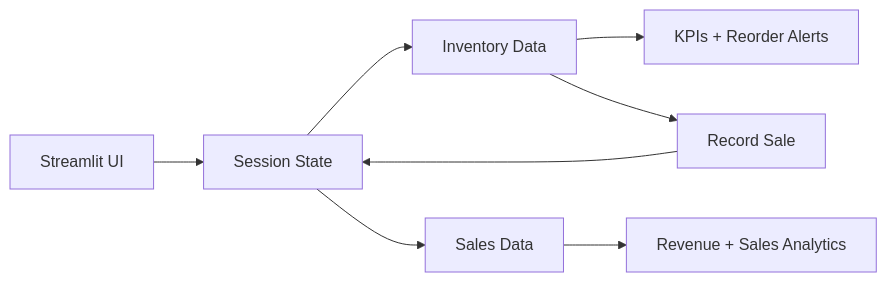
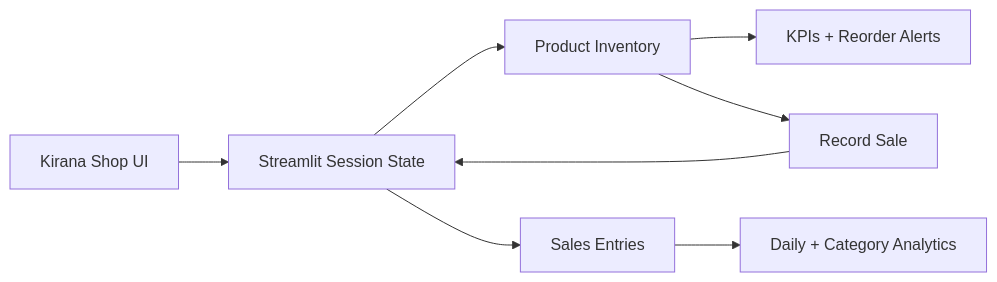
Before and after one commit to ankitha768/smart-store-inventory-analytics: the diagram in README.md, drawn with Mermaid. The commit also changed other lines of this file, not shown here.

Commit message:
Update README for kirana shop Streamlit demo

````diff
--- a/README.md
+++ b/README.md
@@ -66,10 +68,10 @@
 ```mermaid
 flowchart LR
-A[Streamlit UI] --> B[Session State]
-B --> C[Inventory Data]
-B --> D[Sales Data]
+A[Kirana Shop UI] --> B[Streamlit Session State]
+B --> C[Product Inventory]
+B --> D[Sales Entries]
 C --> E[KPIs + Reorder Alerts]
-D --> F[Revenue + Sales Analytics]
+D --> F[Daily + Category Analytics]
 C --> G[Record Sale]
 G --> B
 ```
````
